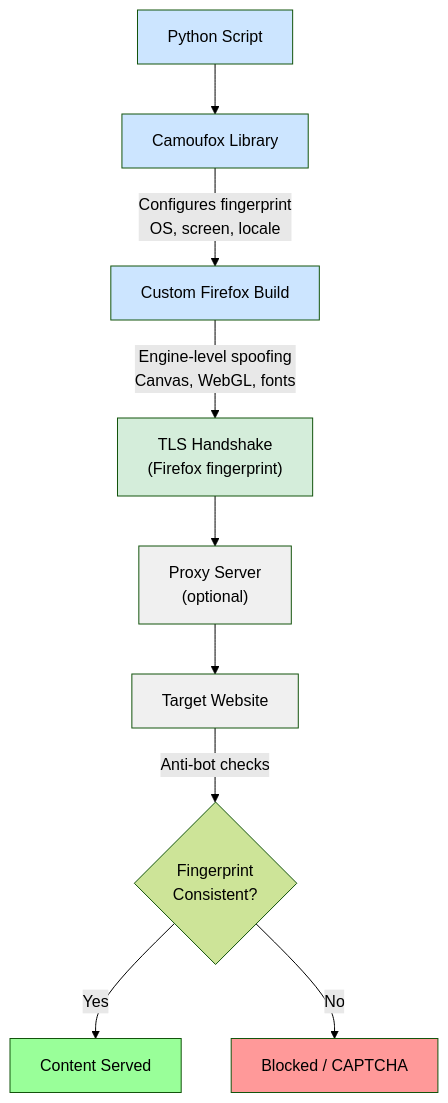
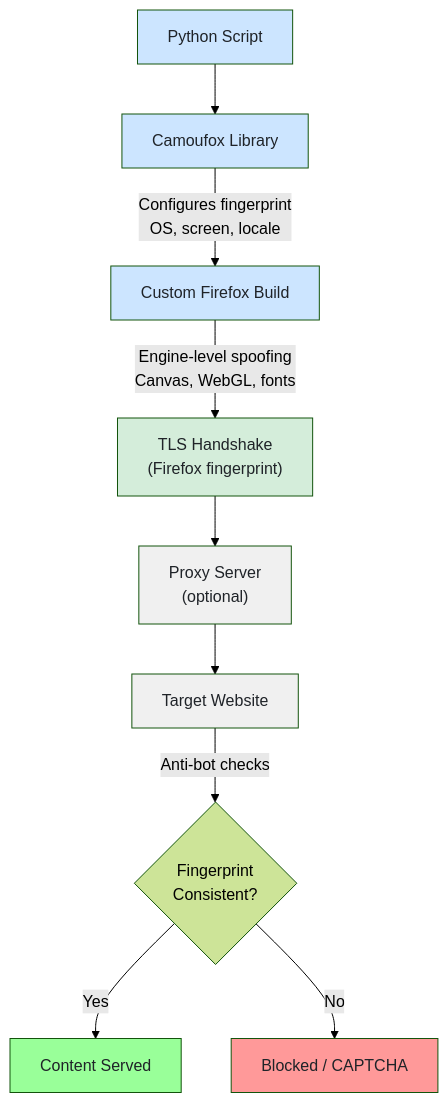
Before and after one commit to bytetunnels/bytetunnels.github.com: the third of 3 diagrams in _posts/2026-02-20-camoufox-tutorial-setting-up-fingerprint-resistant-firefox.md, drawn with Mermaid (forest theme). The commit also changed other lines of this file and 118 other files, not shown here.

Commit message:
feat: improve diagram styling and compact wide flowcharts

````diff
--- a/_posts/2026-02-20-camoufox-tutorial-setting-up-fingerprint-resistant-firefox.md
+++ b/_posts/2026-02-20-camoufox-tutorial-setting-up-fingerprint-resistant-firefox.md
@@ -376,20 +378,20 @@
 ```mermaid
 graph TD
     A["Python Script"] --> B["Camoufox Library"]
     B -->|"Configures fingerprint<br>OS, screen, locale"| C["Custom Firefox Build"]
     C -->|"Engine-level spoofing<br>Canvas, WebGL, fonts"| D["TLS Handshake<br>(Firefox fingerprint)"]
     D --> E["Proxy Server<br>(optional)"]
     E --> F["Target Website"]
     F -->|"Anti-bot checks"| G{"Fingerprint<br>Consistent?"}
     G -->|"Yes"| H["Content Served"]
     G -->|"No"| I["Blocked / CAPTCHA"]
 
-    style A fill:#cce5ff
-    style B fill:#cce5ff
-    style C fill:#cce5ff
-    style D fill:#d4edda
-    style E fill:#f0f0f0
-    style F fill:#f0f0f0
-    style H fill:#99ff99
-    style I fill:#ff9999
+    style A fill:#cce5ff,color:#1f2328
+    style B fill:#cce5ff,color:#1f2328
+    style C fill:#cce5ff,color:#1f2328
+    style D fill:#d4edda,color:#1f2328
+    style E fill:#f0f0f0,color:#1f2328
+    style F fill:#f0f0f0,color:#1f2328
+    style H fill:#99ff99,color:#1f2328
+    style I fill:#ff9999,color:#1f2328
 ```
````
